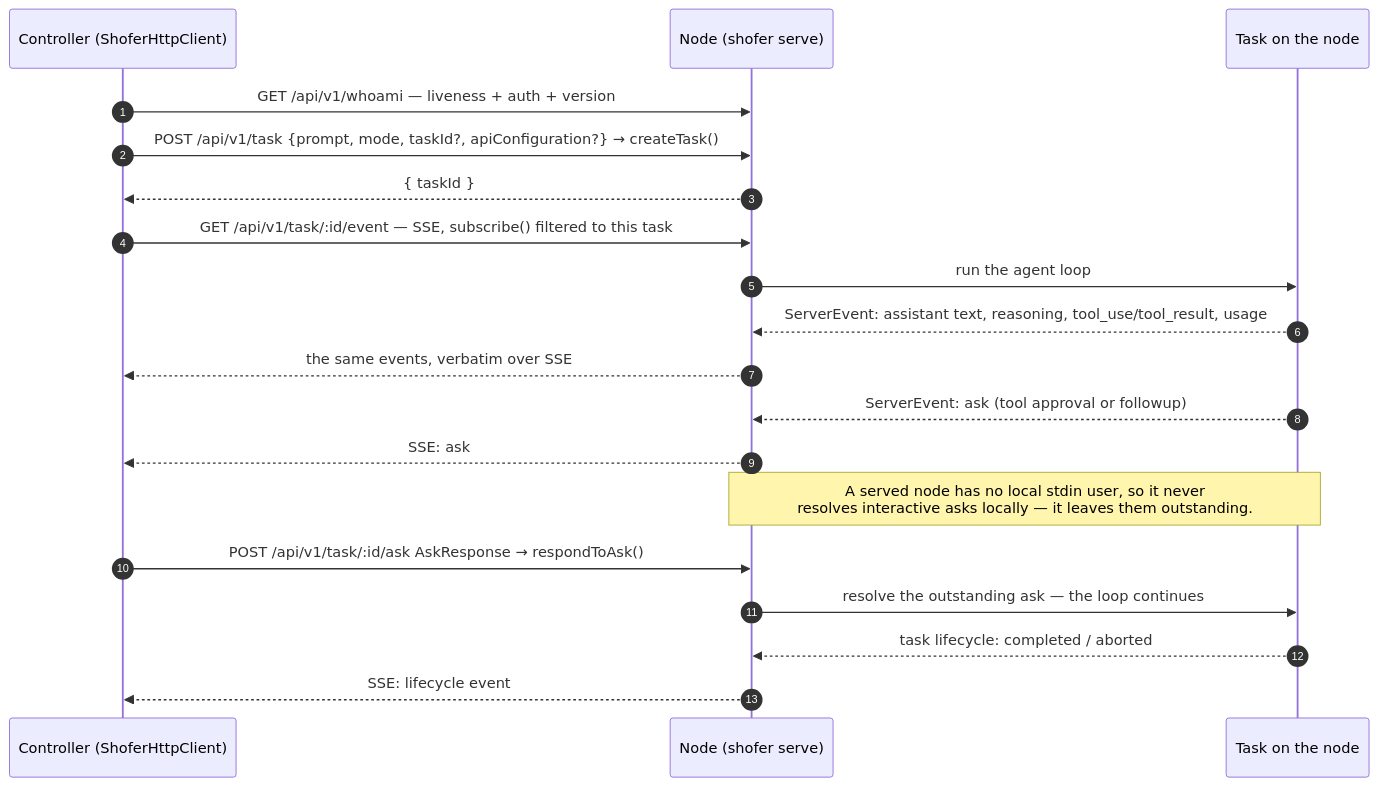
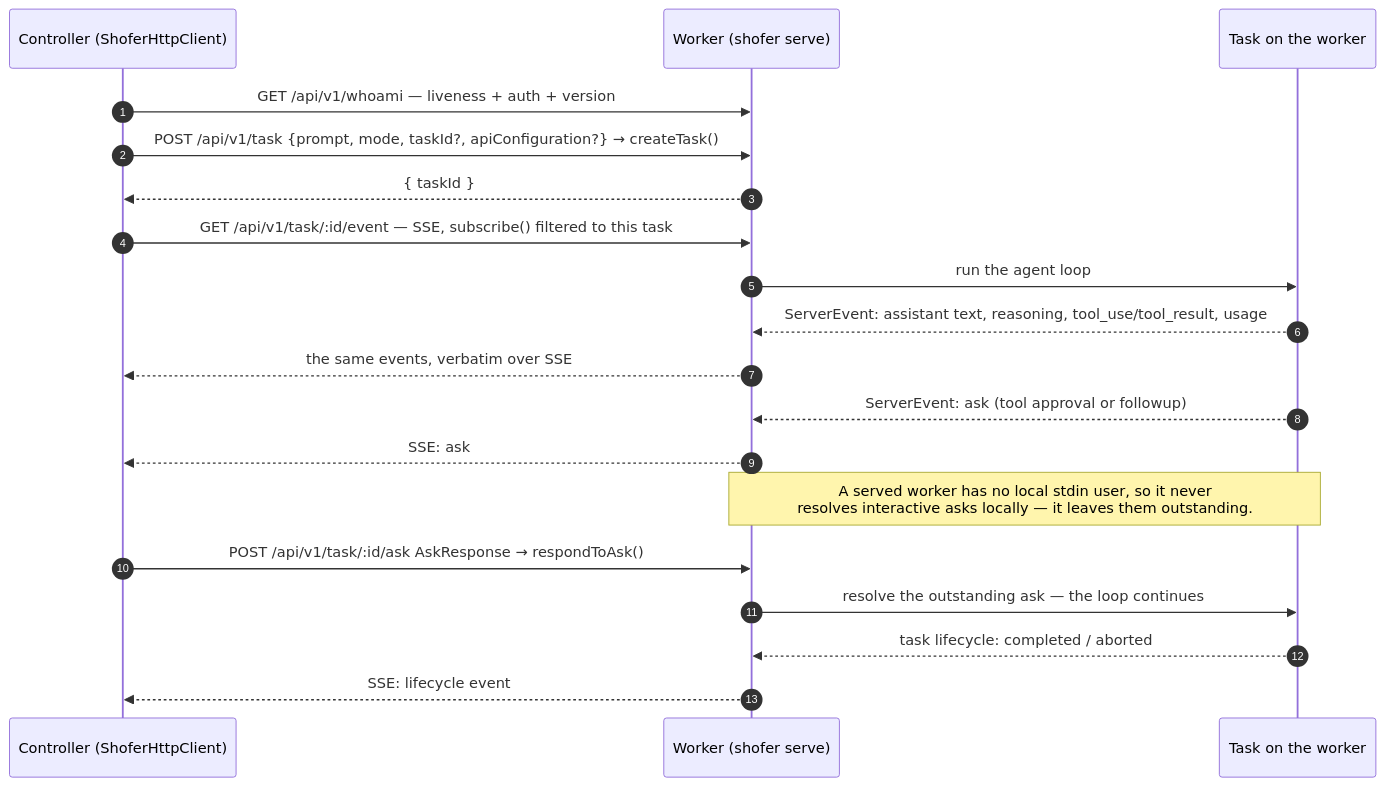
One commit to shofer-dev/shofer changed the second of 3 diagrams in docs/agentapi.md. Above: the diagram before and after it, drawn with Mermaid. The commit also changed other lines of this file and 65 other files, not shown here.

````diff
--- a/docs/agentapi.md
+++ b/docs/agentapi.md
@@ -146,22 +146,22 @@
 ```mermaid
 sequenceDiagram
     autonumber
     participant C as Controller (ShoferHttpClient)
-    participant N as Node (shofer serve)
-    participant T as Task on the node
+    participant N as Worker (shofer serve)
+    participant T as Task on the worker
 
     C->>N: GET /api/v1/whoami — liveness + auth + version
     C->>N: POST /api/v1/task {prompt, mode, taskId?, apiConfiguration?} → createTask()
     N-->>C: { taskId }
     C->>N: GET /api/v1/task/:id/event — SSE, subscribe() filtered to this task
     N->>T: run the agent loop
     T-->>N: ServerEvent: assistant text, reasoning, tool_use/tool_result, usage
     N-->>C: the same events, verbatim over SSE
     T-->>N: ServerEvent: ask (tool approval or followup)
     N-->>C: SSE: ask
-    Note over N,T: A served node has no local stdin user, so it never<br/>resolves interactive asks locally — it leaves them outstanding.
+    Note over N,T: A served worker has no local stdin user, so it never<br/>resolves interactive asks locally — it leaves them outstanding.
     C->>N: POST /api/v1/task/:id/ask AskResponse → respondToAsk()
     N->>T: resolve the outstanding ask — the loop continues
     T-->>N: task lifecycle: completed / aborted
     N-->>C: SSE: lifecycle event
 ```
````
